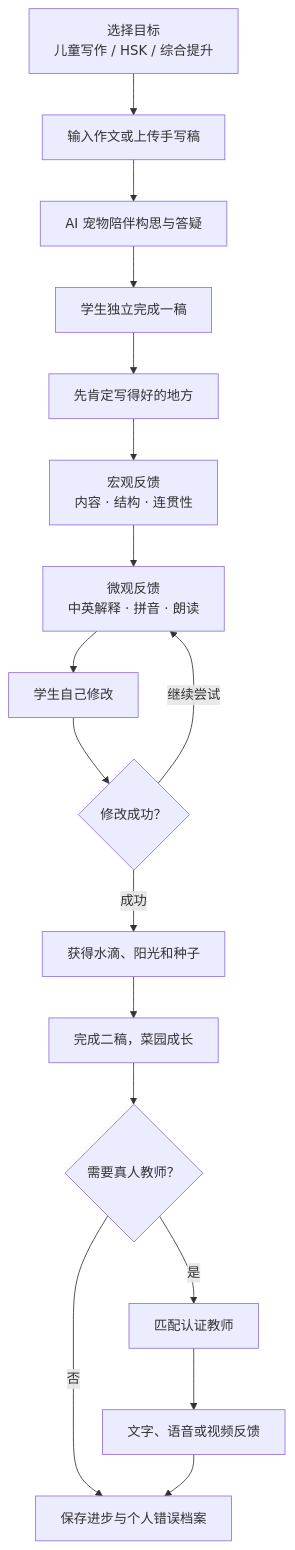
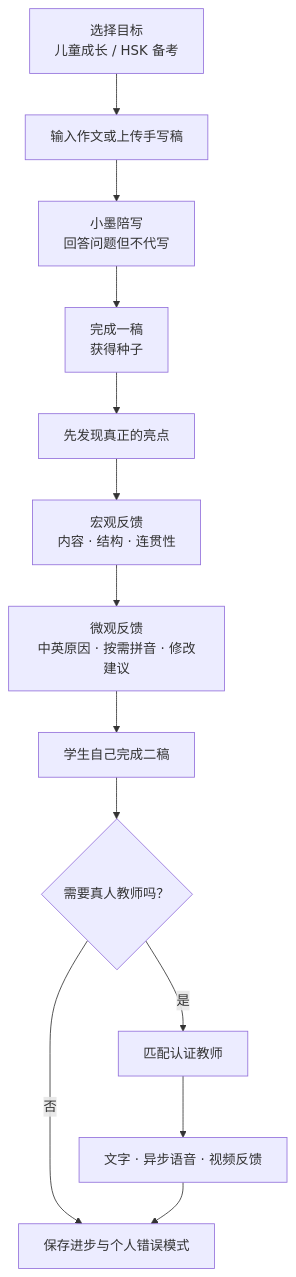
Before and after one commit to gracetang0925/hongbi: the first of 4 diagrams in README.md, drawn with Mermaid. The commit also changed other lines of this file, not shown here.

````diff
--- a/README.md
+++ b/README.md
@@ -138,19 +63,15 @@
 ```mermaid
 flowchart TD
-    A["选择目标<br/>儿童写作 / HSK / 综合提升"] --> B["输入作文或上传手写稿"]
-    B --> C["AI 宠物陪伴构思与答疑"]
-    C --> D["学生独立完成一稿"]
-    D --> E["先肯定写得好的地方"]
+    A["选择目标<br/>儿童成长 / HSK 备考"] --> B["输入作文或上传手写稿"]
+    B --> C["小墨陪写<br/>回答问题但不代写"]
+    C --> D["完成一稿<br/>获得种子"]
+    D --> E["先发现真正的亮点"]
     E --> F["宏观反馈<br/>内容 · 结构 · 连贯性"]
-    F --> G["微观反馈<br/>中英解释 · 拼音 · 朗读"]
-    G --> H["学生自己修改"]
-    H --> I{"修改成功？"}
-    I -- "继续尝试" --> G
-    I -- "成功" --> J["获得水滴、阳光和种子"]
-    J --> K["完成二稿，菜园成长"]
-    K --> L{"需要真人教师？"}
-    L -- "否" --> M["保存进步与个人错误档案"]
-    L -- "是" --> N["匹配认证教师"]
-    N --> O["文字、语音或视频反馈"]
-    O --> M
+    F --> G["微观反馈<br/>中英原因 · 按需拼音 · 修改建议"]
+    G --> H["学生自己完成二稿"]
+    H --> I{"需要真人教师吗？"}
+    I -- "否" --> J["保存进步与个人错误模式"]
+    I -- "是" --> K["匹配认证教师"]
+    K --> L["文字 · 异步语音 · 视频反馈"]
+    L --> J
 ```
````
